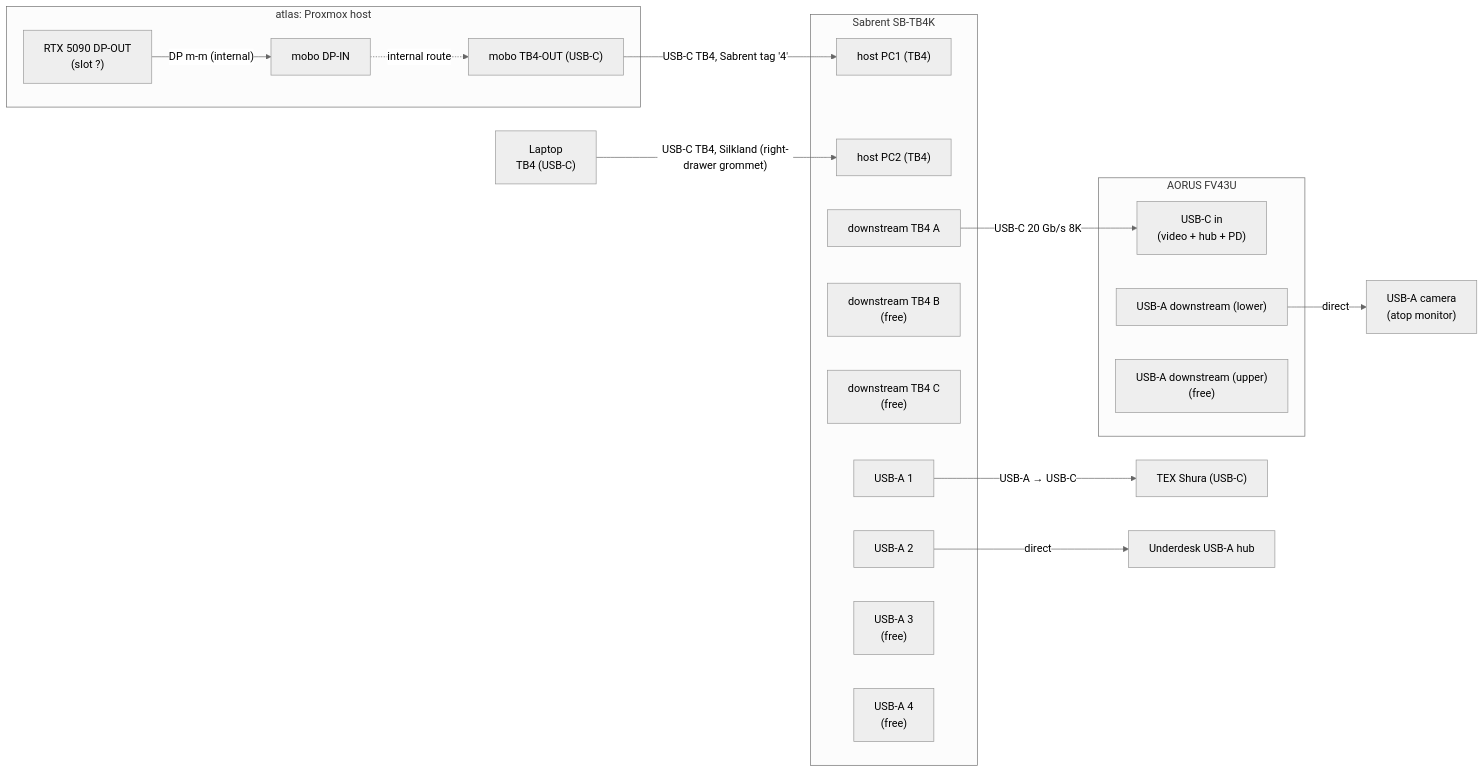
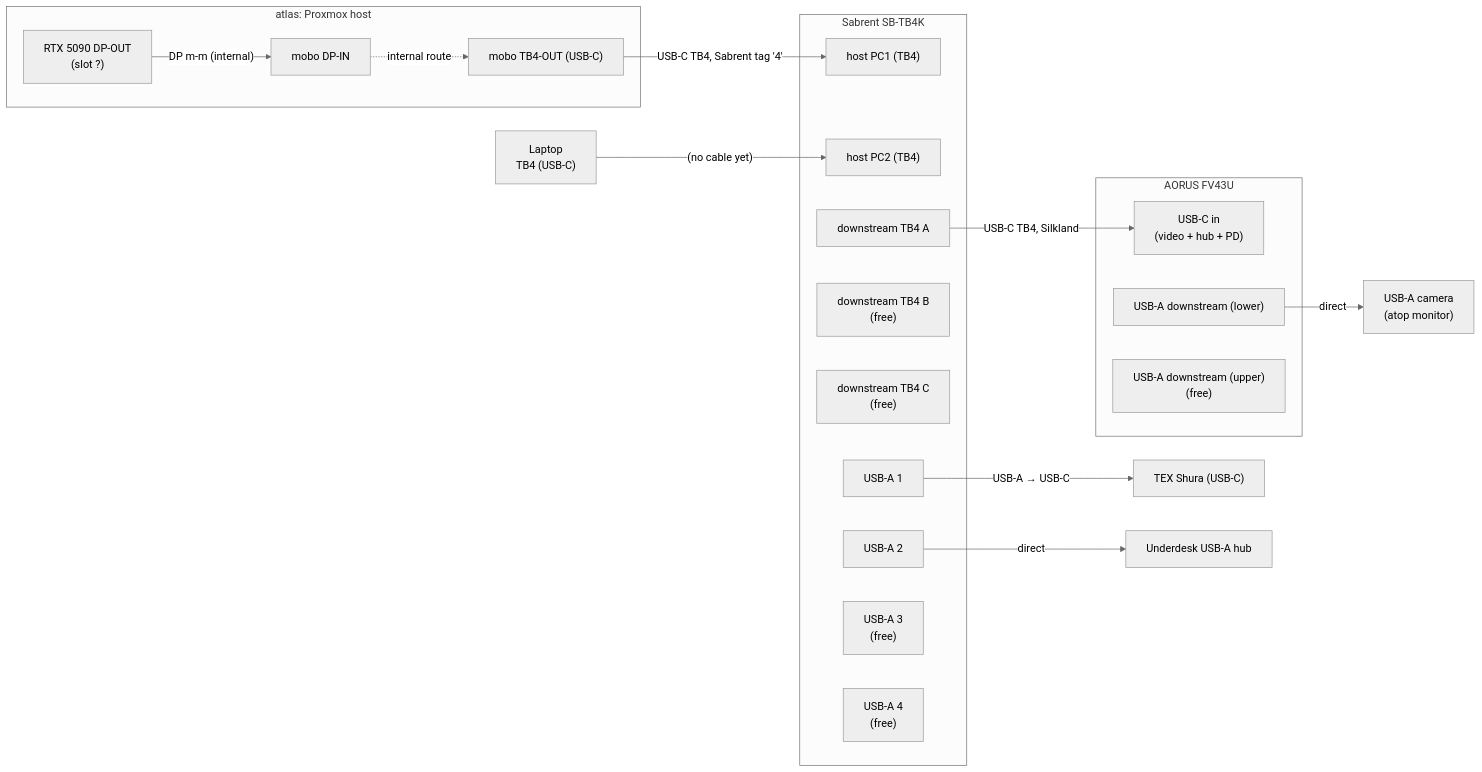
One commit to agentydragon/ducktape changed the diagram in desk/README.md. Above: the diagram before and after it, drawn with Mermaid (neutral theme). The commit also changed other lines of this file, not shown here.

First line of the commit message:
desk: Plan A back on with KVM in the chain; Silkland is KVM→monitor now

````diff
--- a/desk/README.md
+++ b/desk/README.md
@@ -63,42 +63,42 @@
 ```mermaid
 flowchart LR
     subgraph atlas[atlas: Proxmox host]
         atlas_gpu["RTX 5090 DP-OUT<br/>(slot ?)"]
         atlas_mobo_dp["mobo DP-IN"]
         atlas_mobo_tb["mobo TB4-OUT (USB-C)"]
         atlas_gpu -- "DP m-m (internal)" --> atlas_mobo_dp
         atlas_mobo_dp -. internal route .-> atlas_mobo_tb
     end
 
     laptop["Laptop<br/>TB4 (USB-C)"]
 
     subgraph kvm[Sabrent SB-TB4K]
         kvm_pc1["host PC1 (TB4)"]
         kvm_pc2["host PC2 (TB4)"]
         kvm_tb_a["downstream TB4 A"]
         kvm_tb_b["downstream TB4 B<br/>(free)"]
         kvm_tb_c["downstream TB4 C<br/>(free)"]
         kvm_usba1["USB-A 1"]
         kvm_usba2["USB-A 2"]
         kvm_usba3["USB-A 3<br/>(free)"]
         kvm_usba4["USB-A 4<br/>(free)"]
     end
 
     subgraph mon[AORUS FV43U]
         mon_usbc["USB-C in<br/>(video + hub + PD)"]
         mon_usba_lo["USB-A downstream (lower)"]
         mon_usba_hi["USB-A downstream (upper)<br/>(free)"]
     end
 
     kbd["TEX Shura (USB-C)"]
     cam["USB-A camera<br/>(atop monitor)"]
     hub["Underdesk USB-A hub"]
 
     atlas_mobo_tb -- "USB-C TB4, Sabrent tag '4'" --> kvm_pc1
-    laptop        -- "USB-C TB4, Silkland (right-drawer grommet)" --> kvm_pc2
+    laptop        -- "(no cable yet)" --> kvm_pc2
 
-    kvm_tb_a    -- "USB-C 20 Gb/s 8K" --> mon_usbc
+    kvm_tb_a    -- "USB-C TB4, Silkland" --> mon_usbc
     kvm_usba1   -- "USB-A → USB-C" --> kbd
     kvm_usba2   -- "direct" --> hub
     mon_usba_lo -- "direct" --> cam
 ```
````
